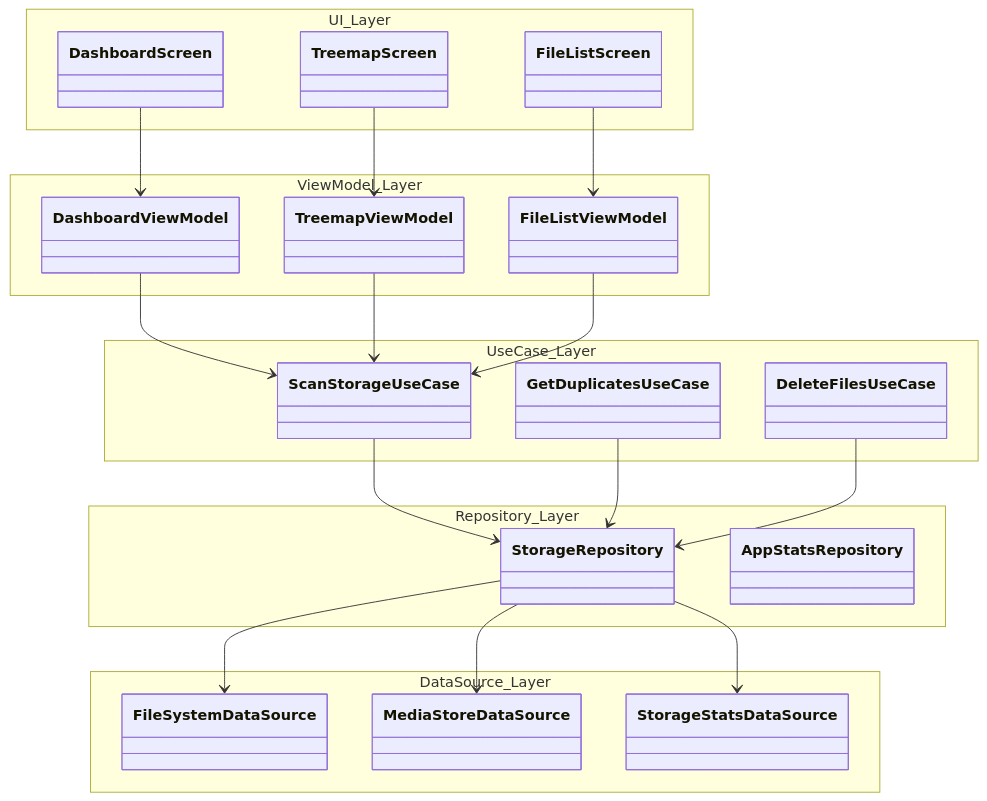
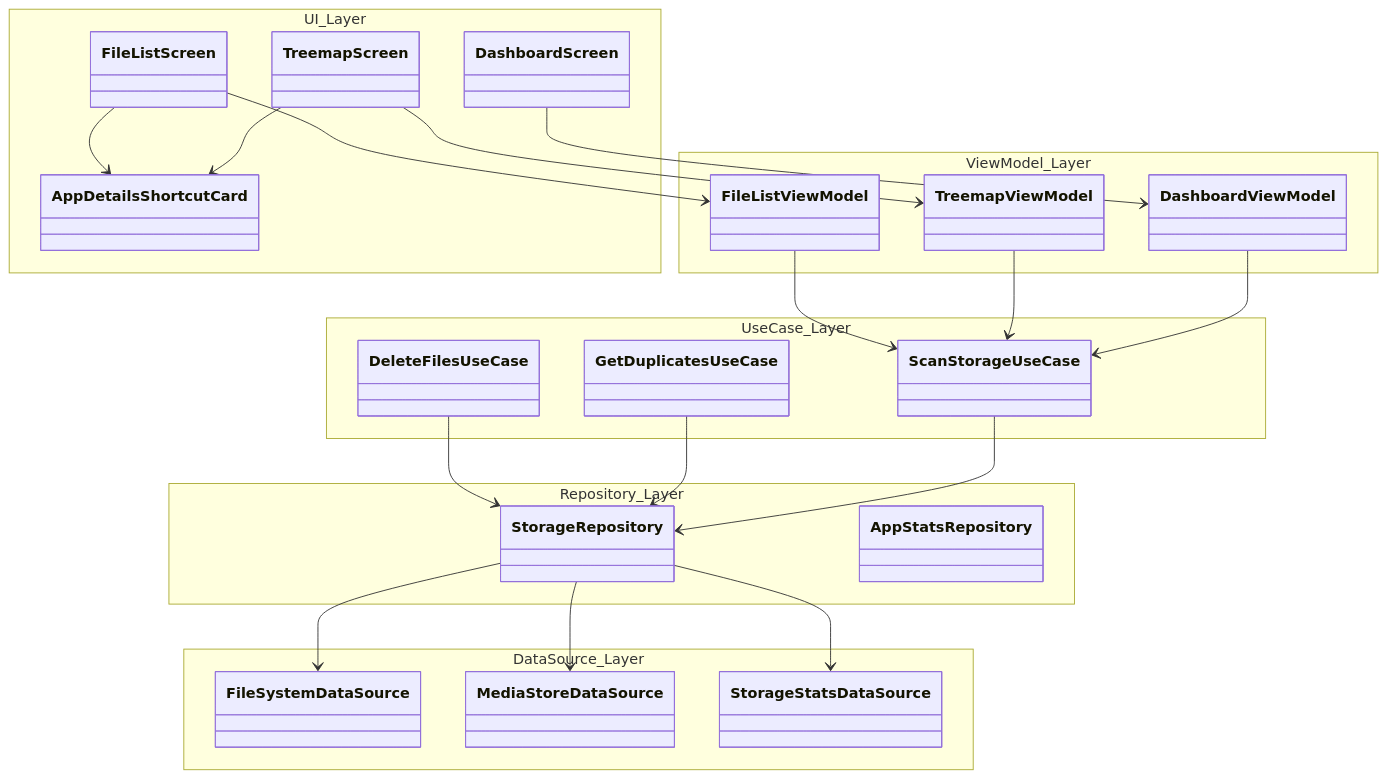
The fourth of 13 diagrams in docs/DIAGRAMS.md (abhay-byte/Adirstat), drawn with Mermaid before and after one commit. The commit also changed 9 other files, not shown here.

````diff
--- a/docs/DIAGRAMS.md
+++ b/docs/DIAGRAMS.md
@@ -191,47 +191,50 @@
 ```mermaid
 classDiagram
     namespace UI_Layer {
+        class AppDetailsShortcutCard
         class DashboardScreen
         class TreemapScreen
         class FileListScreen
     }
     
     namespace ViewModel_Layer {
         class DashboardViewModel
         class TreemapViewModel
         class FileListViewModel
     }
     
     namespace UseCase_Layer {
         class ScanStorageUseCase
         class GetDuplicatesUseCase
         class DeleteFilesUseCase
     }
     
     namespace Repository_Layer {
         class StorageRepository
         class AppStatsRepository
     }
     
     namespace DataSource_Layer {
         class FileSystemDataSource
         class MediaStoreDataSource
         class StorageStatsDataSource
     }
     
     DashboardScreen --> DashboardViewModel
+    TreemapScreen --> AppDetailsShortcutCard
     TreemapScreen --> TreemapViewModel
+    FileListScreen --> AppDetailsShortcutCard
     FileListScreen --> FileListViewModel
     
     DashboardViewModel --> ScanStorageUseCase
     TreemapViewModel --> ScanStorageUseCase
     FileListViewModel --> ScanStorageUseCase
     
     ScanStorageUseCase --> StorageRepository
     GetDuplicatesUseCase --> StorageRepository
     DeleteFilesUseCase --> StorageRepository
     
     StorageRepository --> FileSystemDataSource
     StorageRepository --> MediaStoreDataSource
     StorageRepository --> StorageStatsDataSource
 ```
````
